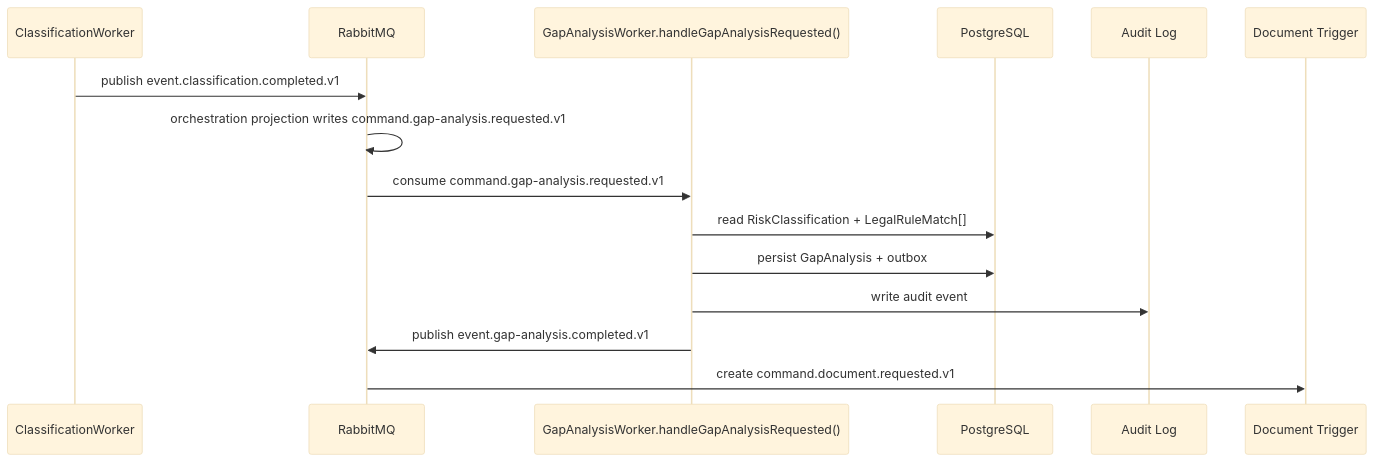
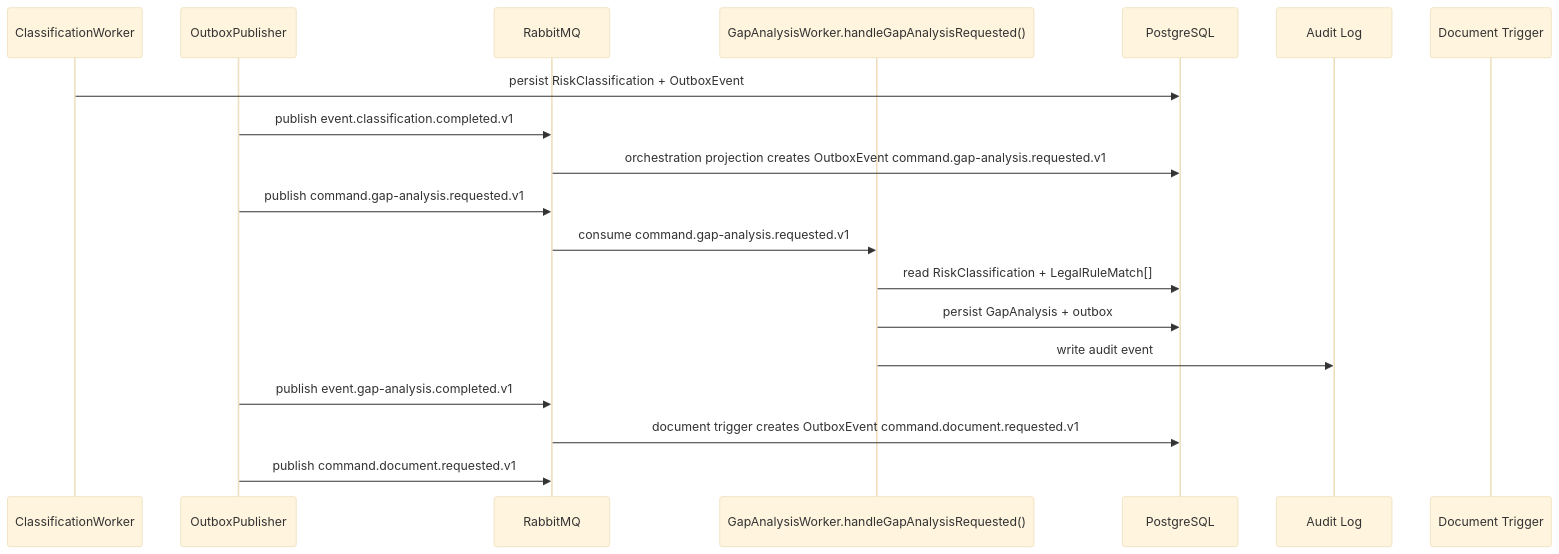
One commit to khovan123/LCSP changed the diagram in docs/developer-execution-blueprints/gap-analysis-blueprint.md. Above: the diagram before and after it, drawn with Mermaid (base theme). The commit also changed other lines of this file and 21 other files, not shown here.

Commit message:
docs: sync gap analysis, ai useage workflow, evidence ref

````diff
--- a/docs/developer-execution-blueprints/gap-analysis-blueprint.md
+++ b/docs/developer-execution-blueprints/gap-analysis-blueprint.md
@@ -120,18 +152,22 @@
 ```mermaid
 sequenceDiagram
   participant Class as ClassificationWorker
+  participant Outbox as OutboxPublisher
   participant MQ as RabbitMQ
   participant Gap as GapAnalysisWorker.handleGapAnalysisRequested()
   participant DB as PostgreSQL
   participant Audit as Audit Log
   participant Doc as Document Trigger
 
-  Class->>MQ: publish event.classification.completed.v1
-  MQ->>MQ: orchestration projection writes command.gap-analysis.requested.v1
+  Class->>DB: persist RiskClassification + OutboxEvent
+  Outbox->>MQ: publish event.classification.completed.v1
+  MQ->>DB: orchestration projection creates OutboxEvent command.gap-analysis.requested.v1
+  Outbox->>MQ: publish command.gap-analysis.requested.v1
   MQ->>Gap: consume command.gap-analysis.requested.v1
   Gap->>DB: read RiskClassification + LegalRuleMatch[]
   Gap->>DB: persist GapAnalysis + outbox
   Gap->>Audit: write audit event
-  Gap->>MQ: publish event.gap-analysis.completed.v1
-  MQ->>Doc: create command.document.requested.v1
+  Outbox->>MQ: publish event.gap-analysis.completed.v1
+  MQ->>DB: document trigger creates OutboxEvent command.document.requested.v1
+  Outbox->>MQ: publish command.document.requested.v1
 ```
````
